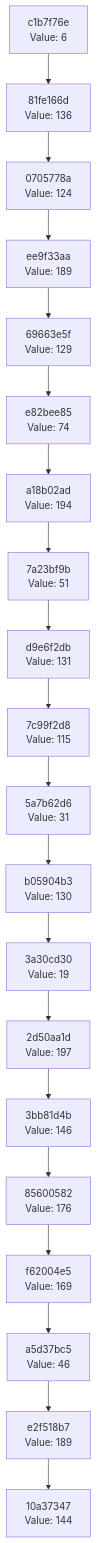
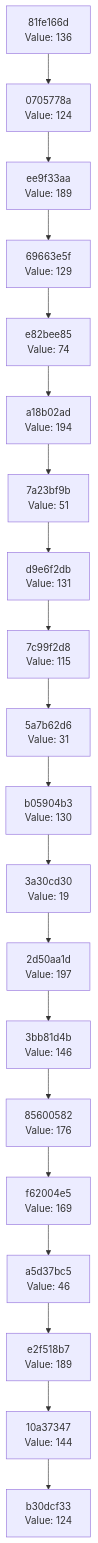
The diagram in docs/CHAIN_VISUALIZATION.md (Abhisheksinha1506/hash-chain-evolver), drawn with Mermaid before and after one commit. The commit also changed 2 other files, not shown here.

Commit message:
Evolution Step

````diff
--- a/docs/CHAIN_VISUALIZATION.md
+++ b/docs/CHAIN_VISUALIZATION.md
@@ -3,42 +3,42 @@
 ```mermaid
 graph TD
-    C0["10a37347<br/>Value: 144"]
-    C1["e2f518b7<br/>Value: 189"]
+    C0["b30dcf33<br/>Value: 124"]
+    C1["10a37347<br/>Value: 144"]
     C1 --> C0
-    C2["a5d37bc5<br/>Value: 46"]
+    C2["e2f518b7<br/>Value: 189"]
     C2 --> C1
-    C3["f62004e5<br/>Value: 169"]
+    C3["a5d37bc5<br/>Value: 46"]
     C3 --> C2
-    C4["85600582<br/>Value: 176"]
+    C4["f62004e5<br/>Value: 169"]
     C4 --> C3
-    C5["3bb81d4b<br/>Value: 146"]
+    C5["85600582<br/>Value: 176"]
     C5 --> C4
-    C6["2d50aa1d<br/>Value: 197"]
+    C6["3bb81d4b<br/>Value: 146"]
     C6 --> C5
-    C7["3a30cd30<br/>Value: 19"]
+    C7["2d50aa1d<br/>Value: 197"]
     C7 --> C6
-    C8["b05904b3<br/>Value: 130"]
+    C8["3a30cd30<br/>Value: 19"]
     C8 --> C7
-    C9["5a7b62d6<br/>Value: 31"]
+    C9["b05904b3<br/>Value: 130"]
     C9 --> C8
-    C10["7c99f2d8<br/>Value: 115"]
+    C10["5a7b62d6<br/>Value: 31"]
     C10 --> C9
-    C11["d9e6f2db<br/>Value: 131"]
+    C11["7c99f2d8<br/>Value: 115"]
     C11 --> C10
-    C12["7a23bf9b<br/>Value: 51"]
+    C12["d9e6f2db<br/>Value: 131"]
     C12 --> C11
-    C13["a18b02ad<br/>Value: 194"]
+    C13["7a23bf9b<br/>Value: 51"]
     C13 --> C12
-    C14["e82bee85<br/>Value: 74"]
+    C14["a18b02ad<br/>Value: 194"]
     C14 --> C13
-    C15["69663e5f<br/>Value: 129"]
+    C15["e82bee85<br/>Value: 74"]
     C15 --> C14
-    C16["ee9f33aa<br/>Value: 189"]
+    C16["69663e5f<br/>Value: 129"]
     C16 --> C15
-    C17["0705778a<br/>Value: 124"]
+    C17["ee9f33aa<br/>Value: 189"]
     C17 --> C16
-    C18["81fe166d<br/>Value: 136"]
+    C18["0705778a<br/>Value: 124"]
     C18 --> C17
-    C19["c1b7f76e<br/>Value: 6"]
+    C19["81fe166d<br/>Value: 136"]
     C19 --> C18
 ```
````
